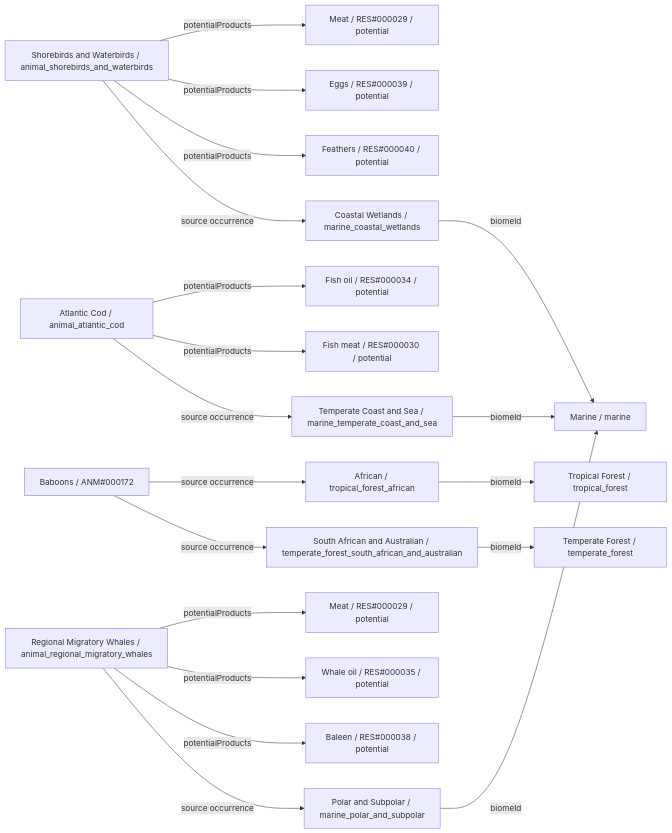
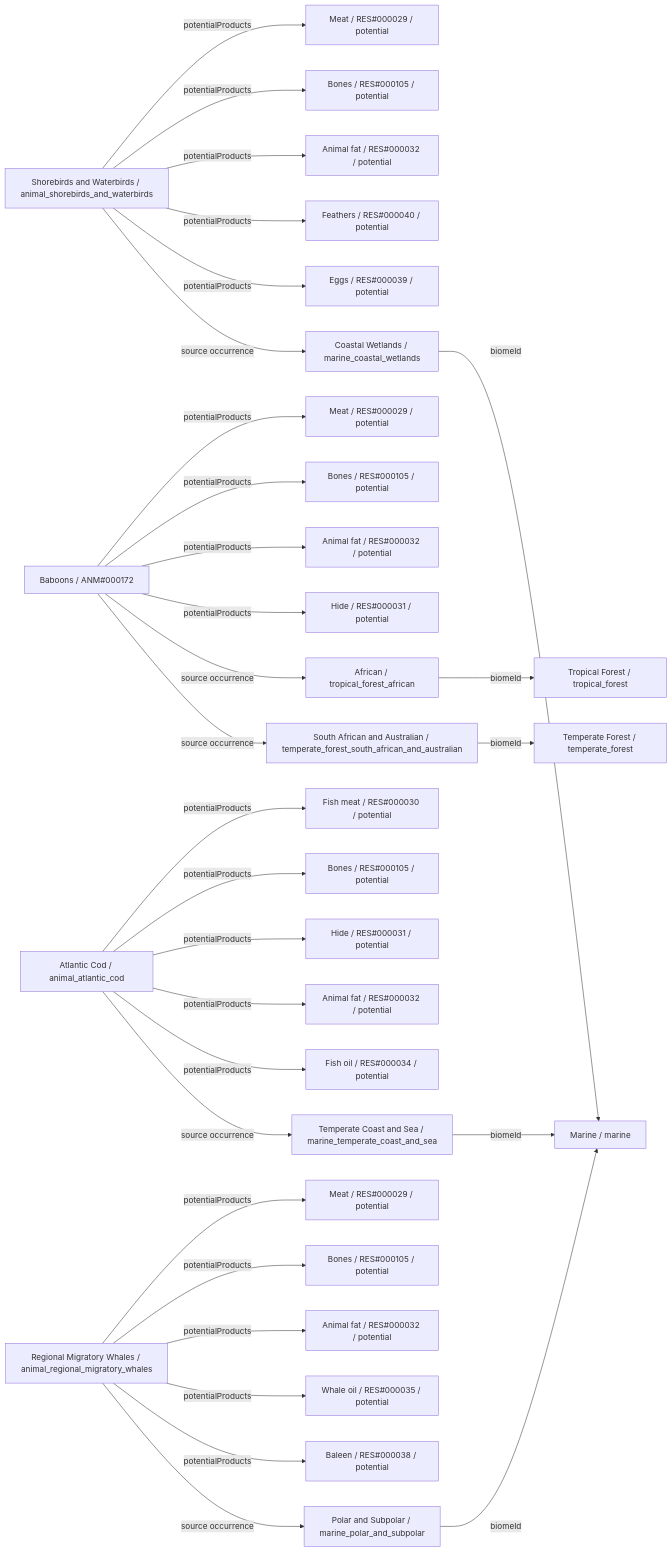
Before and after one commit to fgabo404/EvolveDoc: the second of 26 diagrams in data/animals/DIAGRAMS.md, drawn with Mermaid. The commit also changed other lines of this file and 44 other files, not shown here.

````diff
--- a/data/animals/DIAGRAMS.md
+++ b/data/animals/DIAGRAMS.md
@@ -164,41 +190,63 @@
 ```mermaid
 flowchart LR
     c0["Shorebirds and Waterbirds / animal_shorebirds_and_waterbirds"]
     v22["Coastal Wetlands / marine_coastal_wetlands"]
     b5["Marine / marine"]
     o0_0["Meat / RES#000029 / potential"]
-    o0_1["Eggs / RES#000039 / potential"]
-    o0_2["Feathers / RES#000040 / potential"]
+    o0_1["Bones / RES#000105 / potential"]
+    o0_2["Animal fat / RES#000032 / potential"]
+    o0_3["Feathers / RES#000040 / potential"]
+    o0_4["Eggs / RES#000039 / potential"]
     c1["Baboons / ANM#000172"]
     v1["African / tropical_forest_african"]
     b0["Tropical Forest / tropical_forest"]
     v6["South African and Australian / temperate_forest_south_african_and_australian"]
     b1["Temperate Forest / temperate_forest"]
+    o1_0["Meat / RES#000029 / potential"]
+    o1_1["Bones / RES#000105 / potential"]
+    o1_2["Animal fat / RES#000032 / potential"]
+    o1_3["Hide / RES#000031 / potential"]
     c2["Atlantic Cod / animal_atlantic_cod"]
     v20["Temperate Coast and Sea / marine_temperate_coast_and_sea"]
-    o2_0["Fish oil / RES#000034 / potential"]
-    o2_1["Fish meat / RES#000030 / potential"]
+    o2_0["Fish meat / RES#000030 / potential"]
+    o2_1["Bones / RES#000105 / potential"]
+    o2_2["Hide / RES#000031 / potential"]
+    o2_3["Animal fat / RES#000032 / potential"]
+    o2_4["Fish oil / RES#000034 / potential"]
     c3["Regional Migratory Whales / animal_regional_migratory_whales"]
     v21["Polar and Subpolar / marine_polar_and_subpolar"]
     o3_0["Meat / RES#000029 / potential"]
-    o3_1["Whale oil / RES#000035 / potential"]
-    o3_2["Baleen / RES#000038 / potential"]
+    o3_1["Bones / RES#000105 / potential"]
+    o3_2["Animal fat / RES#000032 / potential"]
+    o3_3["Whale oil / RES#000035 / potential"]
+    o3_4["Baleen / RES#000038 / potential"]
     c0 -->|potentialProducts| o0_0
     c0 -->|potentialProducts| o0_1
     c0 -->|potentialProducts| o0_2
+    c0 -->|potentialProducts| o0_3
+    c0 -->|potentialProducts| o0_4
     c0 -->|source occurrence| v22
+    c1 -->|potentialProducts| o1_0
+    c1 -->|potentialProducts| o1_1
+    c1 -->|potentialProducts| o1_2
+    c1 -->|potentialProducts| o1_3
     c1 -->|source occurrence| v1
     c1 -->|source occurrence| v6
     c2 -->|potentialProducts| o2_0
     c2 -->|potentialProducts| o2_1
+    c2 -->|potentialProducts| o2_2
+    c2 -->|potentialProducts| o2_3
+    c2 -->|potentialProducts| o2_4
     c2 -->|source occurrence| v20
     c3 -->|potentialProducts| o3_0
     c3 -->|potentialProducts| o3_1
     c3 -->|potentialProducts| o3_2
+    c3 -->|potentialProducts| o3_3
+    c3 -->|potentialProducts| o3_4
     c3 -->|source occurrence| v21
     v1 -->|biomeId| b0
     v20 -->|biomeId| b5
     v21 -->|biomeId| b5
     v22 -->|biomeId| b5
     v6 -->|biomeId| b1
 ```
````
